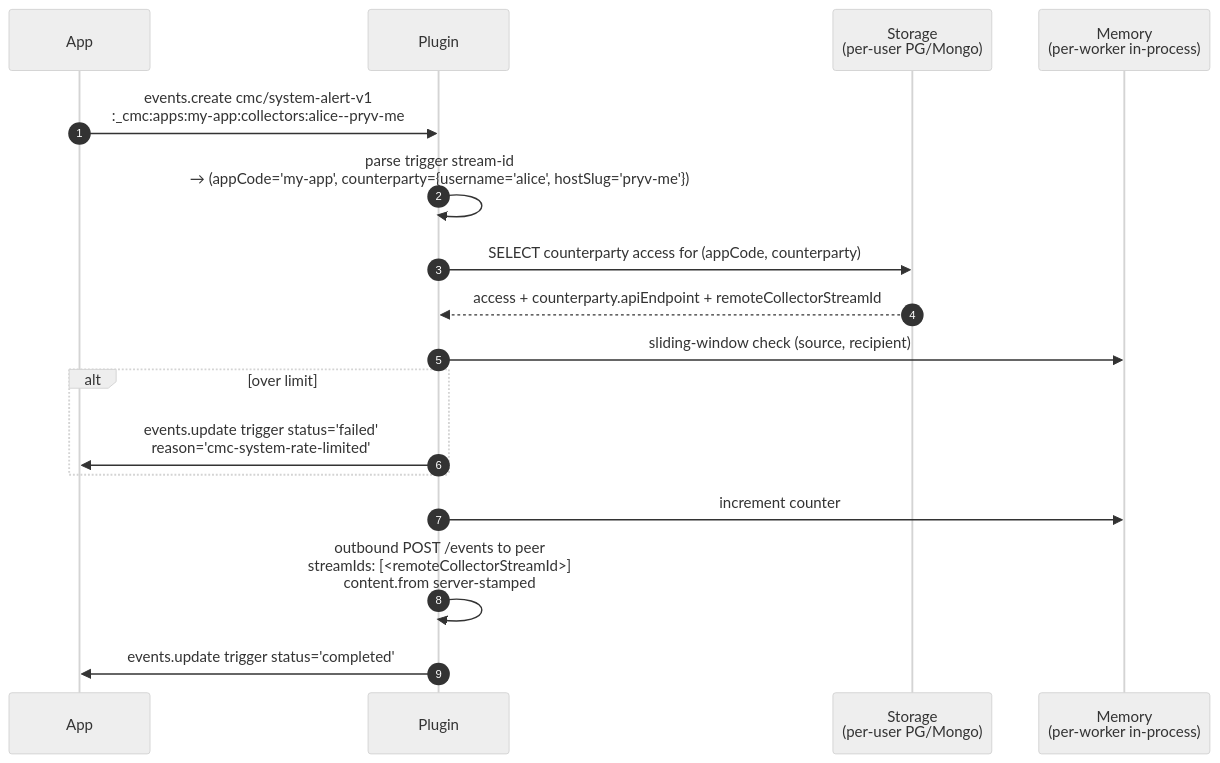
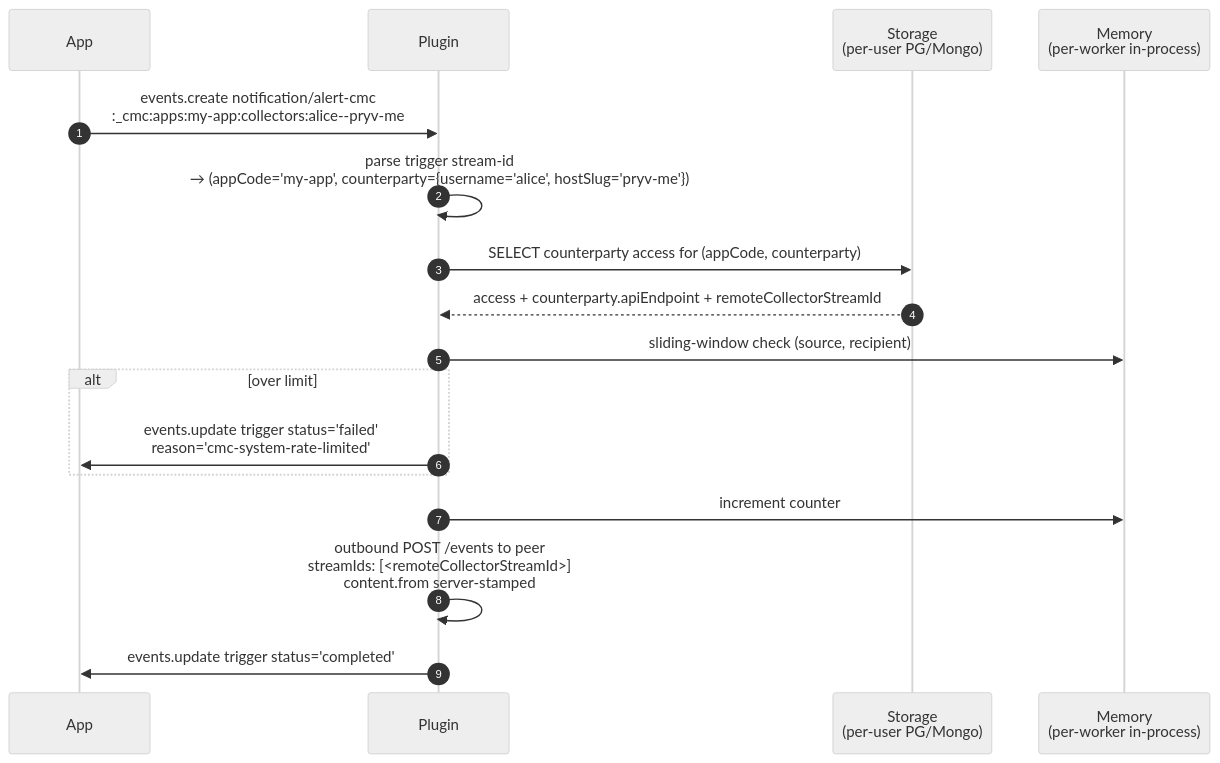
One commit to pryv/open-pryv.io changed the seventh of 14 diagrams in components/cmc/INTERNALS.md. Above: the diagram before and after it, drawn with Mermaid (neutral theme). The commit also changed other lines of this file and 40 other files, not shown here.

````diff
--- a/components/cmc/INTERNALS.md
+++ b/components/cmc/INTERNALS.md
@@ -326,20 +326,20 @@
 ```mermaid
 sequenceDiagram
     autonumber
     participant App
     participant Plugin
     participant Storage as Storage<br/>(per-user PG/Mongo)
     participant Memory as Memory<br/>(per-worker in-process)
 
-    App->>Plugin: events.create cmc/system-alert-v1<br/>:_cmc:apps:my-app:collectors:alice--pryv-me
+    App->>Plugin: events.create notification/alert-cmc<br/>:_cmc:apps:my-app:collectors:alice--pryv-me
     Plugin->>Plugin: parse trigger stream-id<br/>→ (appCode='my-app', counterparty={username='alice', hostSlug='pryv-me'})
     Plugin->>Storage: SELECT counterparty access for (appCode, counterparty)
     Storage-->>Plugin: access + counterparty.apiEndpoint + remoteCollectorStreamId
     Plugin->>Memory: sliding-window check (source, recipient)
     alt over limit
         Plugin->>App: events.update trigger status='failed'<br/>reason='cmc-system-rate-limited'
     end
     Plugin->>Memory: increment counter
     Plugin->>Plugin: outbound POST /events to peer<br/>streamIds: [<remoteCollectorStreamId>]<br/>content.from server-stamped
     Plugin->>App: events.update trigger status='completed'
 ```
````
